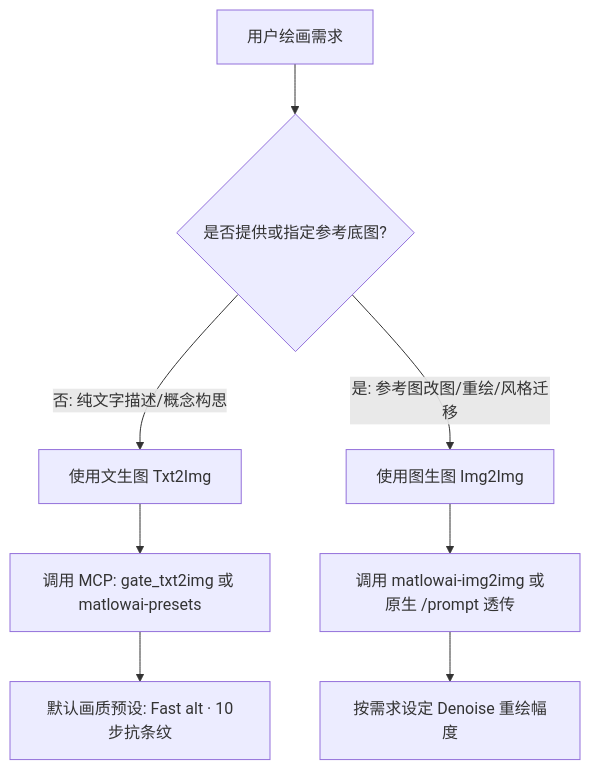
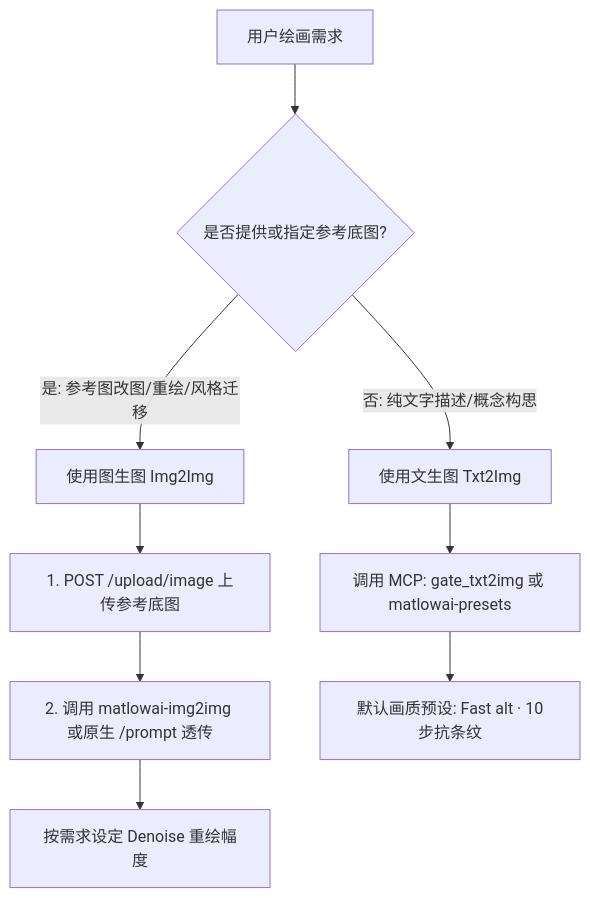
The diagram in skills/comfy-colab-kit/SKILL.md (FireTable/comfy-colab-kit), drawn with Mermaid before and after one commit. The commit also changed other lines of this file and 4 other files, not shown here.

Commit message:
fix(gate): support image upload passthrough and document workflow query with ckit

````diff
--- a/skills/comfy-colab-kit/SKILL.md
+++ b/skills/comfy-colab-kit/SKILL.md
@@ -26,12 +133,13 @@
 ```mermaid
 flowchart TD
     Req[用户绘画需求] --> HasImg{是否提供或指定参考底图?}
     HasImg -- 否: 纯文字描述/概念构思 --> Txt2Img[使用文生图 Txt2Img]
     HasImg -- 是: 参考图改图/重绘/风格迁移 --> Img2Img[使用图生图 Img2Img]
     
     Txt2Img --> ToolT2I[调用 MCP: gate_txt2img 或 matlowai-presets]
-    Img2Img --> ToolI2I[调用 matlowai-img2img 或原生 /prompt 透传]
+    Img2Img --> UploadRef[1. POST /upload/image 上传参考底图]
+    UploadRef --> ToolI2I[2. 调用 matlowai-img2img 或原生 /prompt 透传]
     
     ToolT2I --> FastAlt[默认画质预设: Fast alt · 10步抗条纹]
     ToolI2I --> SetDenoise[按需求设定 Denoise 重绘幅度]
 ```
````
